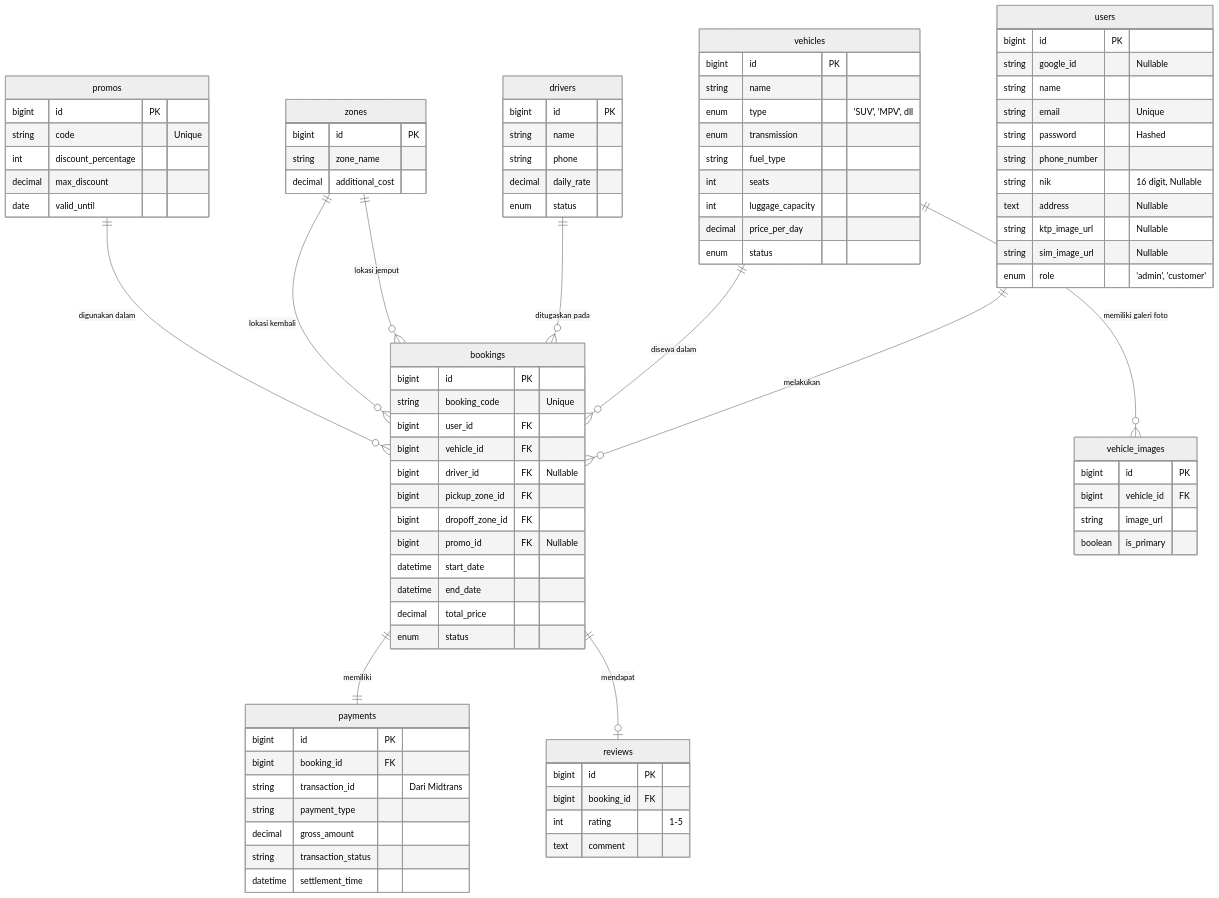
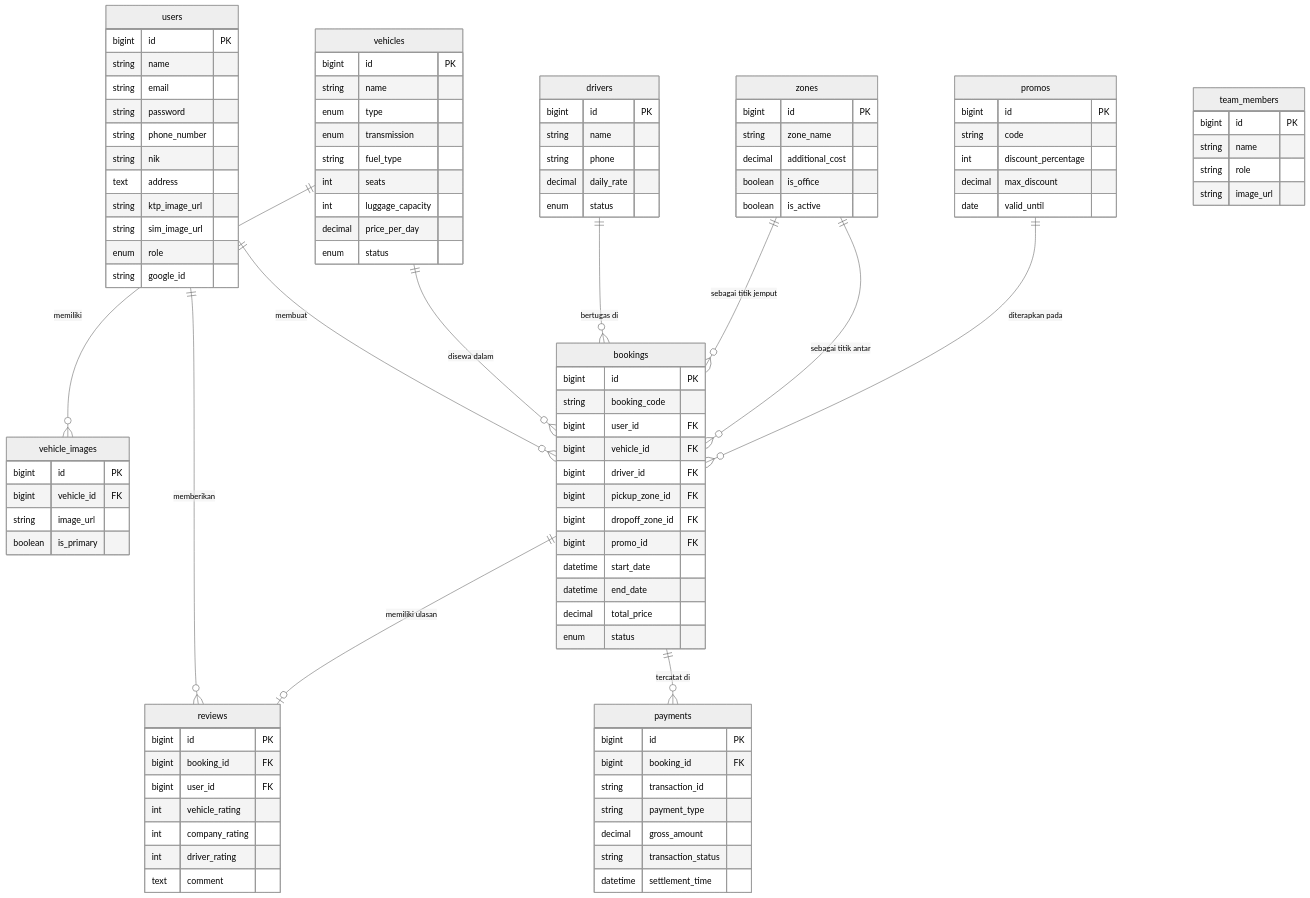
One commit to rahmadwidiansyah/KlikRental changed the second of 4 diagrams in README.md. Above: the diagram before and after it, drawn with Mermaid (neutral theme). The commit also changed other lines of this file, not shown here.

````diff
--- a/README.md
+++ b/README.md
@@ -109,33 +71,23 @@
 ```mermaid
 erDiagram
-    users ||--o{ bookings : "melakukan"
-    vehicles ||--o{ bookings : "disewa dalam"
-    vehicles ||--o{ vehicle_images : "memiliki galeri foto"
-    drivers ||--o{ bookings : "ditugaskan pada"
-    zones ||--o{ bookings : "lokasi jemput"
-    zones ||--o{ bookings : "lokasi kembali"
-    bookings ||--|| payments : "memiliki"
-    bookings ||--o| reviews : "mendapat"
-    promos ||--o{ bookings : "digunakan dalam"
-
     users {
         bigint id PK
-        string google_id "Nullable"
         string name
-        string email "Unique"
-        string password "Hashed"
+        string email
+        string password
         string phone_number
-        string nik "16 digit, Nullable"
-        text address "Nullable"
-        string ktp_image_url "Nullable"
-        string sim_image_url "Nullable"
-        enum role "'admin', 'customer'"
+        string nik
+        text address
+        string ktp_image_url
+        string sim_image_url
+        enum role
+        string google_id
     }
 
     vehicles {
         bigint id PK
         string name
-        enum type "'SUV', 'MPV', dll"
+        enum type
         enum transmission
         string fuel_type
         int seats
@@ -155,6 +107,8 @@
         bigint id PK
         string zone_name
         decimal additional_cost
+        boolean is_office
+        boolean is_active
     }
 
     drivers {
@@ -164,16 +118,24 @@
         decimal daily_rate
         enum status
     }
+    
+    promos {
+        bigint id PK
+        string code
+        int discount_percentage
+        decimal max_discount
+        date valid_until
+    }
 
     bookings {
         bigint id PK
-        string booking_code "Unique"
+        string booking_code
         bigint user_id FK
         bigint vehicle_id FK
-        bigint driver_id FK "Nullable"
+        bigint driver_id FK
         bigint pickup_zone_id FK
         bigint dropoff_zone_id FK
-        bigint promo_id FK "Nullable" 
+        bigint promo_id FK
         datetime start_date
         datetime end_date
         decimal total_price
@@ -183,7 +145,7 @@
     payments {
         bigint id PK
         bigint booking_id FK
-        string transaction_id "Dari Midtrans"
+        string transaction_id
         string payment_type
         decimal gross_amount
         string transaction_status
@@ -193,15 +155,29 @@
     reviews {
         bigint id PK
         bigint booking_id FK
-        int rating "1-5"
+        bigint user_id FK
+        int vehicle_rating
+        int company_rating
+        int driver_rating
         text comment
     }
 
-    promos {
+    team_members {
         bigint id PK
-        string code "Unique"
-        int discount_percentage
-        decimal max_discount
-        date valid_until
+        string name
+        string role
+        string image_url
     }
+
+    users ||--o{ bookings : "membuat"
+    users ||--o{ reviews : "memberikan"
+    vehicles ||--o{ vehicle_images : "memiliki"
+    vehicles ||--o{ bookings : "disewa dalam"
+    drivers ||--o{ bookings : "bertugas di"
+    zones ||--o{ bookings : "sebagai titik jemput"
+    zones ||--o{ bookings : "sebagai titik antar"
+    promos ||--o{ bookings : "diterapkan pada"
+    bookings ||--o{ payments : "tercatat di"
+    bookings ||--o| reviews : "memiliki ulasan"
+
 ```
````
